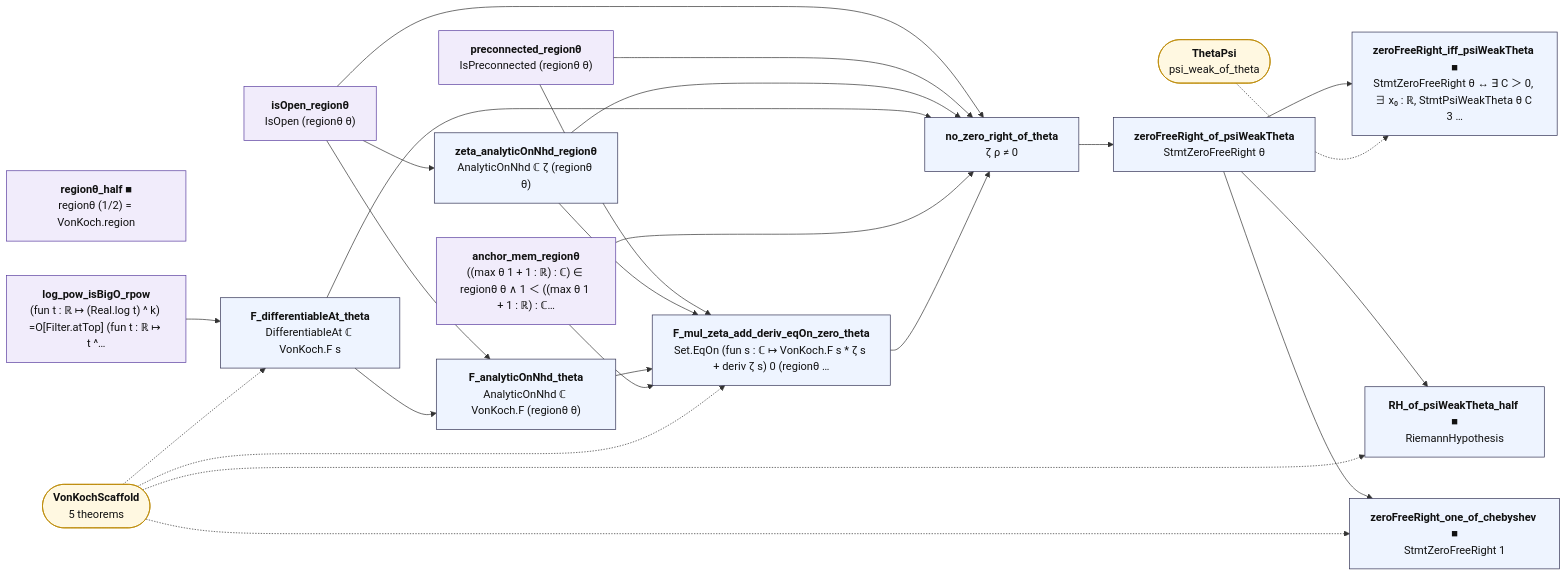
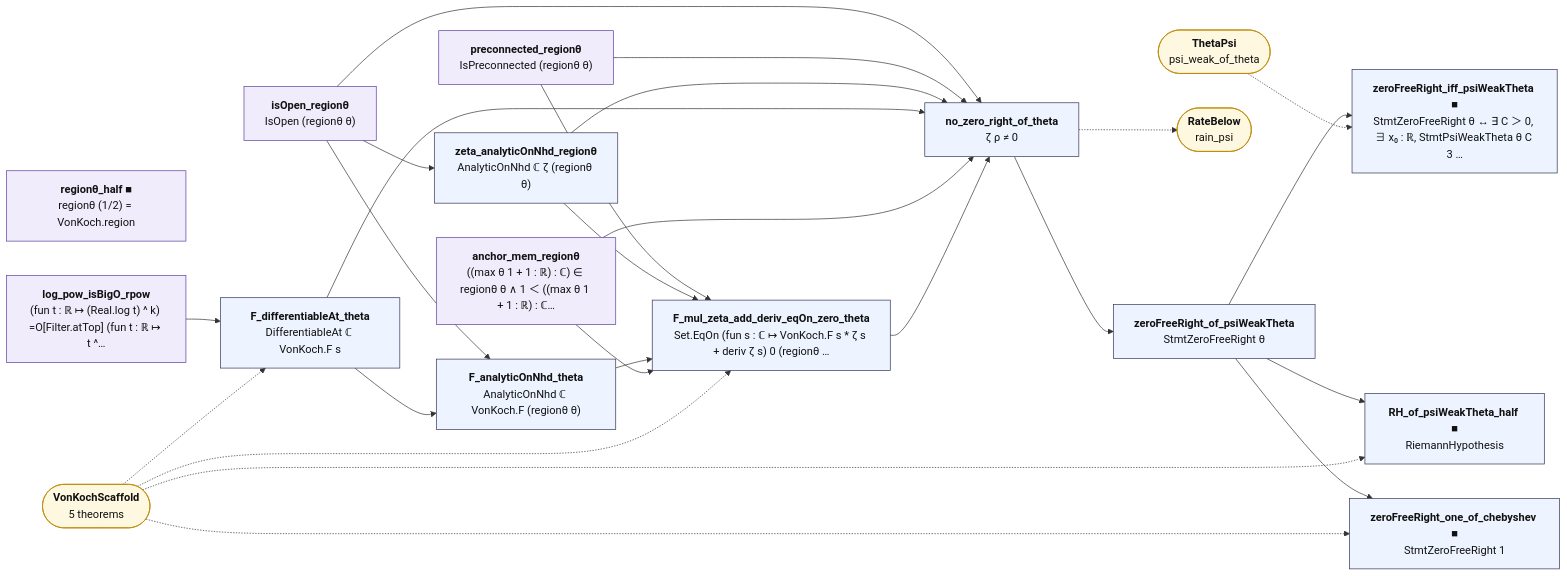
The diagram in map/lean_stage3/ThetaConverse.mmd (juliansambranojr/Primebeat_081426), drawn with Mermaid before and after one commit. The commit also changed 38 other files, not shown here.

First line of the commit message:
Blocks R9, R10: the staircase rises past every bound below a zero's rate; the composite table has no signs (units 0489, 0490)

```diff
--- a/map/lean_stage3/ThetaConverse.mmd
+++ b/map/lean_stage3/ThetaConverse.mmd
@@ -1,48 +1,50 @@
 flowchart LR
   n0["<b>regionθ_half ■</b><br/>regionθ (1/2) = VonKoch.region"]:::shp
   n1["<b>isOpen_regionθ</b><br/>IsOpen (regionθ θ)"]:::shp
   n2["<b>preconnected_regionθ</b><br/>IsPreconnected (regionθ θ)"]:::shp
   n3["<b>zeta_analyticOnNhd_regionθ</b><br/>AnalyticOnNhd ℂ ζ (regionθ θ)"]:::thm
   n4["<b>log_pow_isBigO_rpow</b><br/>(fun t : ℝ ↦ (Real.log t) ^ k) =O[Filter.atTop] (fun t : ℝ ↦ t ^…"]:::shp
   n5["<b>F_differentiableAt_theta</b><br/>DifferentiableAt ℂ VonKoch.F s"]:::thm
   n6["<b>F_analyticOnNhd_theta</b><br/>AnalyticOnNhd ℂ VonKoch.F (regionθ θ)"]:::thm
   n7["<b>anchor_mem_regionθ</b><br/>((max θ 1 + 1 : ℝ) : ℂ) ∈ regionθ θ ∧ 1 ＜ ((max θ 1 + 1 : ℝ) : ℂ…"]:::shp
   n8["<b>F_mul_zeta_add_deriv_eqOn_zero_theta</b><br/>Set.EqOn (fun s : ℂ ↦ VonKoch.F s * ζ s + deriv ζ s) 0 (regionθ …"]:::thm
   n9["<b>no_zero_right_of_theta</b><br/>ζ ρ ≠ 0"]:::thm
   n10["<b>zeroFreeRight_of_psiWeakTheta</b><br/>StmtZeroFreeRight θ"]:::thm
   n11["<b>zeroFreeRight_iff_psiWeakTheta ■</b><br/>StmtZeroFreeRight θ ↔ ∃ C ＞ 0, ∃ x₀ : ℝ, StmtPsiWeakTheta θ C 3 …"]:::thm
   n12["<b>RH_of_psiWeakTheta_half ■</b><br/>RiemannHypothesis"]:::thm
   n13["<b>zeroFreeRight_one_of_chebyshev ■</b><br/>StmtZeroFreeRight 1"]:::thm
   x0(["<b>VonKochScaffold</b><br/>5 theorems"]):::ext
-  x1(["<b>ThetaPsi</b><br/>psi_weak_of_theta"]):::ext
+  x1(["<b>RateBelow</b><br/>rain_psi"]):::ext
+  x2(["<b>ThetaPsi</b><br/>psi_weak_of_theta"]):::ext
   n1 --> n3
   n1 --> n6
   n1 --> n9
   n10 --> n11
   n10 --> n12
   n10 --> n13
   n2 --> n8
   n2 --> n9
   n3 --> n8
   n3 --> n9
   n4 --> n5
   n5 --> n6
   n5 --> n9
   n6 --> n8
   n7 --> n8
   n7 --> n9
   n8 --> n9
   n9 --> n10
+  n9 -.-> x1
   x0 -.-> n12
   x0 -.-> n13
   x0 -.-> n5
   x0 -.-> n8
-  x1 -.-> n11
+  x2 -.-> n11
   classDef cnt fill:#dff5ec,stroke:#17694a,color:#111
   classDef shp fill:#f1ecfb,stroke:#5b3fa0,color:#111
   classDef rh fill:#ffe5e5,stroke:#c22,color:#111,stroke-width:2px
   classDef thm fill:#eef4ff,stroke:#335,color:#111
   classDef end_ fill:#e7f7e7,stroke:#2a7,color:#111,stroke-width:2px
   classDef lone fill:#fff,stroke:#999,color:#111,stroke-dasharray:4 3
   classDef bad fill:#ffe5e5,stroke:#c22,color:#111,stroke-width:2px
   classDef ext fill:#fff8e1,stroke:#b80,color:#111
```
